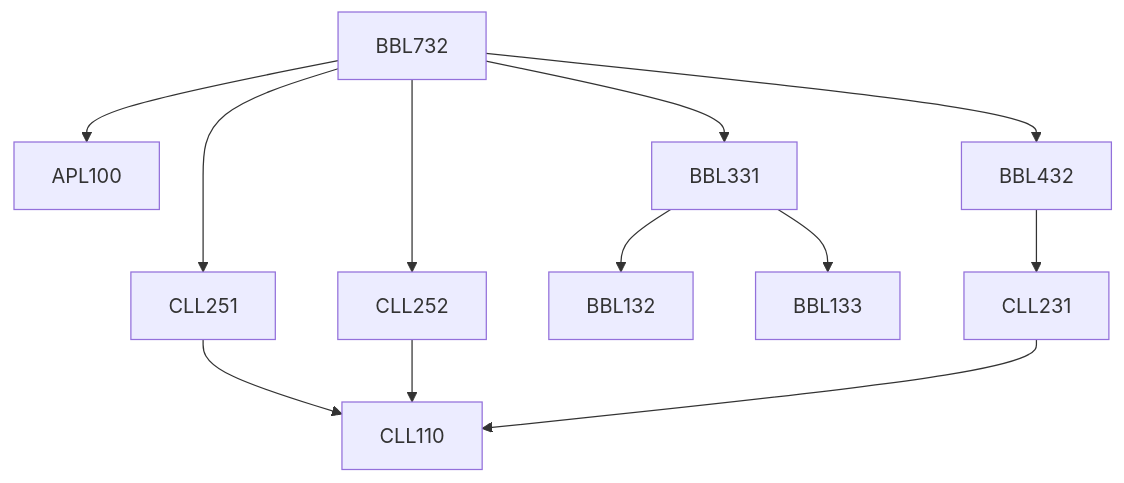
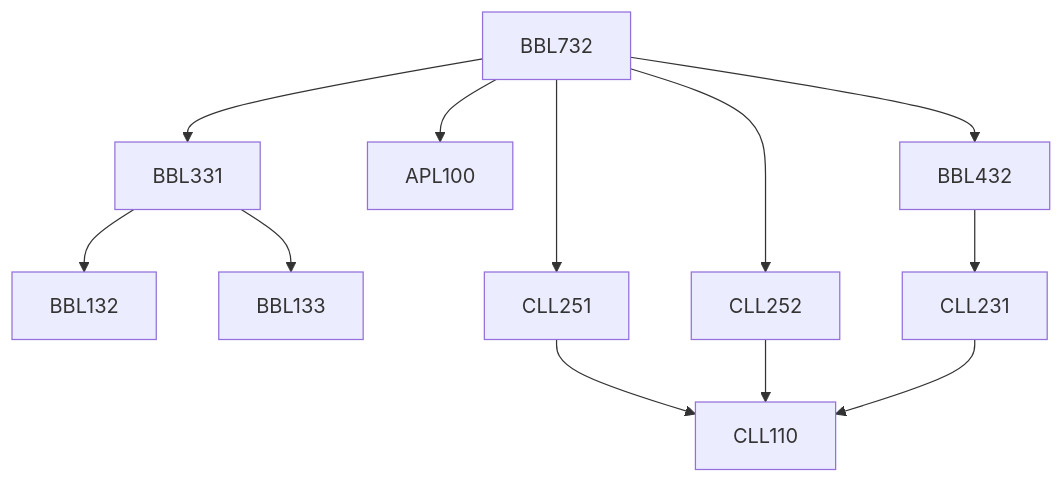
The diagram in content/Biochemical Engineering and Biotechnology/BBL732.md (KeshavBansal0122/CoS_Website), drawn with Mermaid before and after one commit. The commit also changed other lines of this file and 2667 other files, not shown here.

````diff
--- a/content/Biochemical Engineering and Biotechnology/BBL732.md
+++ b/content/Biochemical Engineering and Biotechnology/BBL732.md
@@ -17,14 +15,18 @@
 ```mermaid
-graph TD
-BBL732 --> APL100
-BBL732 --> CLL251
-CLL251 --> CLL110
-BBL732 --> CLL252
-CLL252 --> CLL110
-BBL732 --> BBL331
-BBL331 --> BBL132
-BBL331 --> BBL133
-BBL732 --> BBL432
-BBL432 --> CLL231
-CLL231 --> CLL110
+flowchart TD
+BBL732-86[BBL732]
+BBL331-86 --> BBL132-86[BBL132]
+BBL331-86 --> BBL133-86[BBL133]
+BBL732-86 --> CLL251-86[CLL251]
+BBL732-86 --> APL100-86[APL100]
+BBL432-86 --> CLL231-86[CLL231]
+BBL732-86 --> CLL252-86[CLL252]
+CLL251-86 --> CLL110-86[CLL110]
+CLL252-86 --> CLL110-86[CLL110]
+BBL732-86 --> BBL331-86[BBL331]
+CLL231-86 --> CLL110-86[CLL110]
+BBL732-86 --> BBL432-86[BBL432]
+
+classDef empty height:17px, fill:transparent, stroke:transparent;
+classDef trueEmpty height:0px, width:0px;
 ```
````
